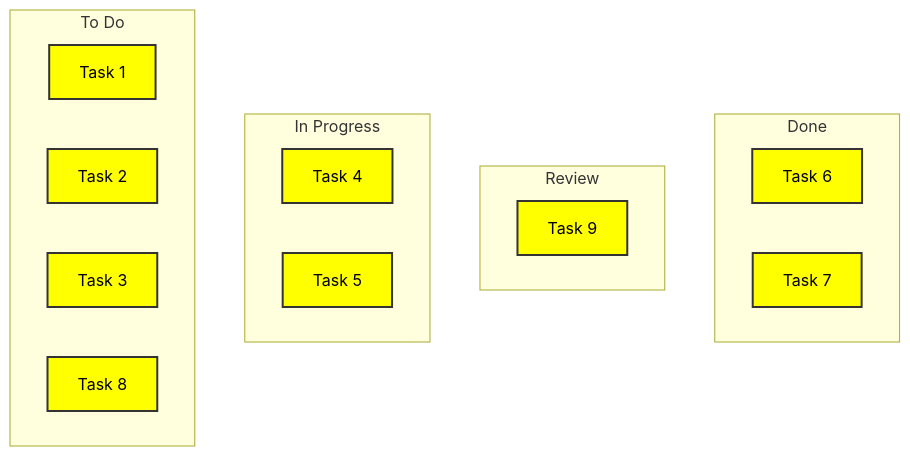
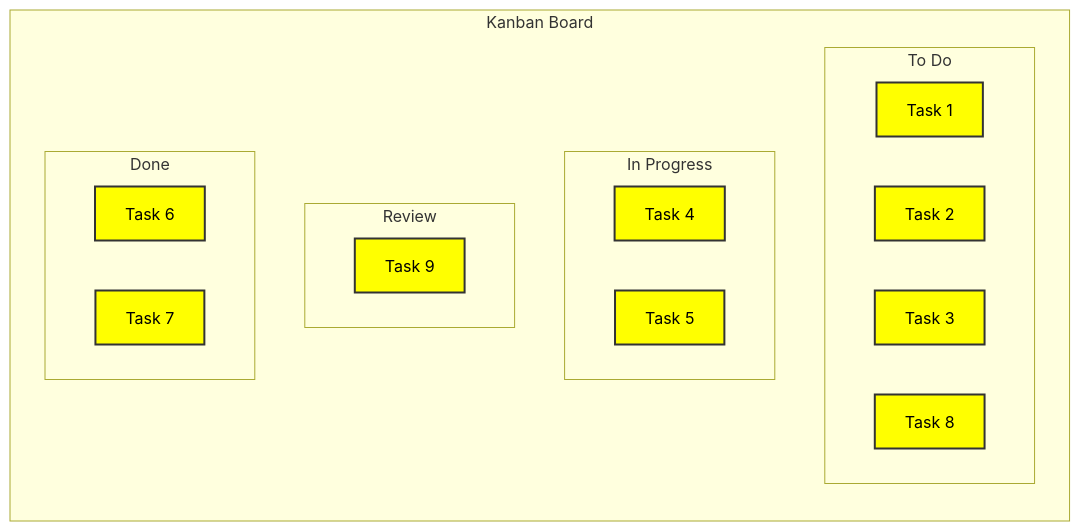
The diagram in content/gist/business-analysis/tools-techniques/kanban-board.md (dacodekid/dacodekid.com), drawn with Mermaid before and after one commit. The commit also changed 24 other files, not shown here.

````diff
--- a/content/gist/business-analysis/tools-techniques/kanban-board.md
+++ b/content/gist/business-analysis/tools-techniques/kanban-board.md
@@ -12,22 +12,24 @@
 ```mermaid
-graph TB
-    subgraph Done
-        note6[Task 6]
-        note7[Task 7]
-    end
-    subgraph Review
-        note9[Task 9]
-    end
-    subgraph In Progress
-        note4[Task 4]
-        note5[Task 5]
-    end
-    subgraph To Do
-        note1[Task 1]
-        note2[Task 2]
-        note3[Task 3]
-        note8[Task 8]
+graph LR
+    subgraph "Kanban Board"
+        subgraph To Do
+            note1[Task 1]
+            note2[Task 2]
+            note3[Task 3]
+            note8[Task 8]
+        end
+        subgraph In Progress
+            note4[Task 4]
+            note5[Task 5]
+        end
+        subgraph Review
+            note9[Task 9]
+        end
+        subgraph Done
+            note6[Task 6]
+            note7[Task 7]
+        end
     end
     classDef note fill:#ff0,stroke:#333,stroke-width:2px, color:#000;
     class note1,note2,note3,note4,note5,note6,note7,note8,note9 note;
 ```
````
